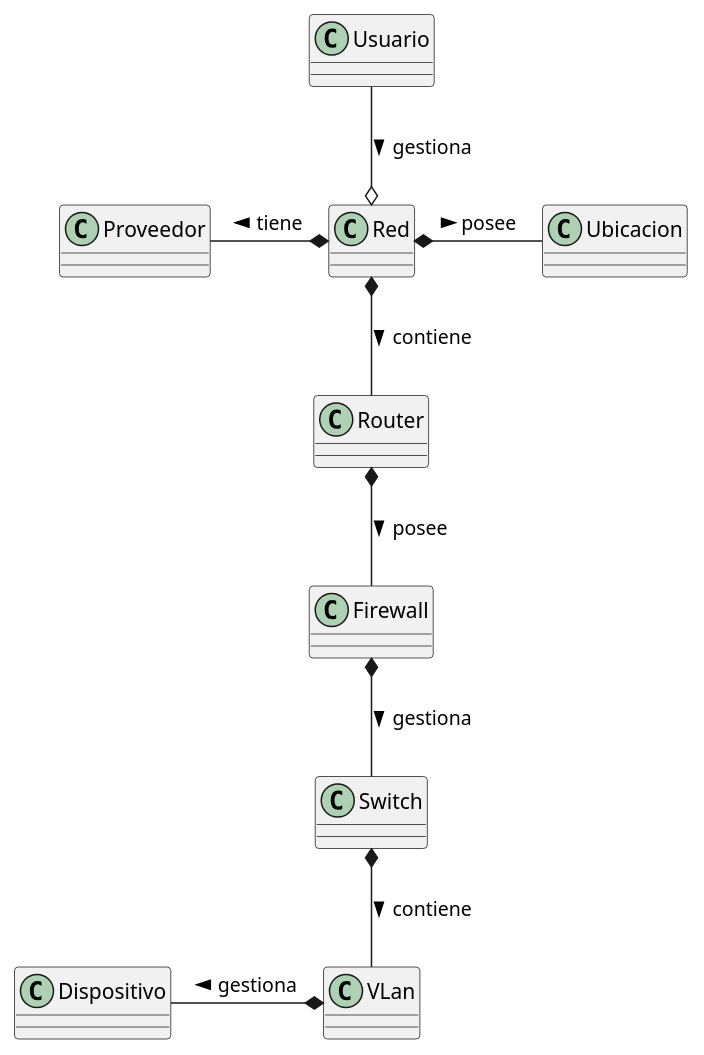
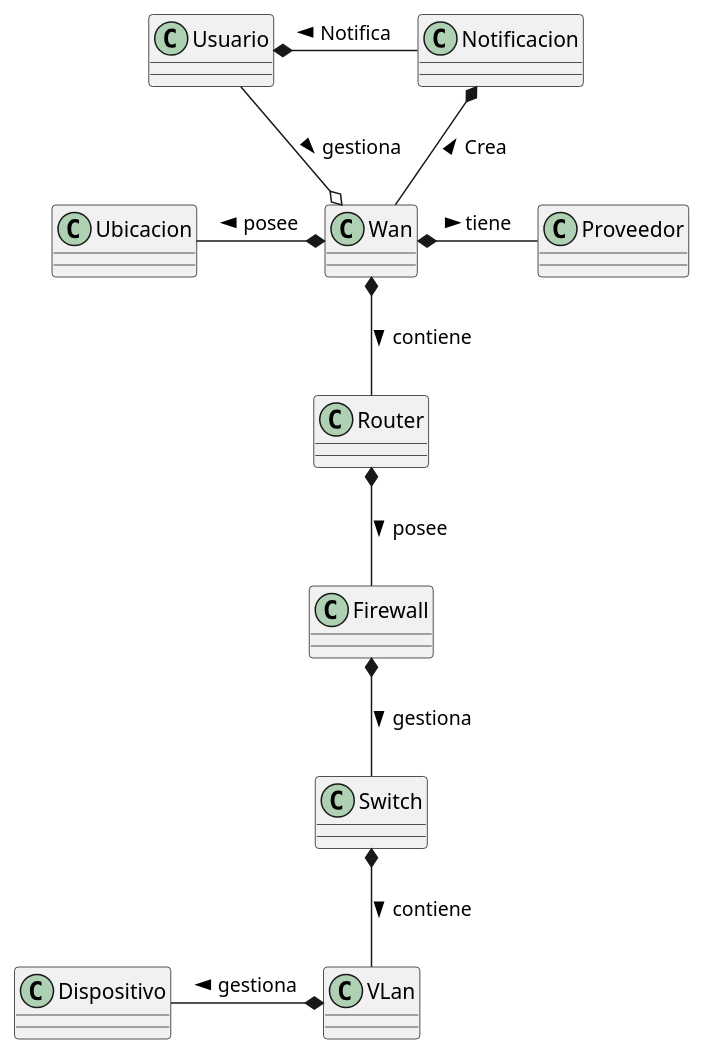
The diagram in 000-entregas/modeloDeDominio/ModeloDominio.plantuml (mmasias/IdSw1-22-23), drawn with PlantUML before and after one commit. The commit also changed 18 other files, not shown here.

```diff
--- a/000-entregas/modeloDeDominio/ModeloDominio.plantuml
+++ b/000-entregas/modeloDeDominio/ModeloDominio.plantuml
@@ -1,25 +1,28 @@
 @startuml ModeloDeDominio
 class Usuario
-class Red
+class Wan
 class Router
 class Ubicacion
 class Firewall
 class Switch
 class Dispositivo
+class Notificacion
 
-Usuario --o Red : gestiona >
+Usuario --o Wan : gestiona >
 
 
-Red *-r- Ubicacion : posee >
-Red *-- Router : contiene >
+Wan *-l- Ubicacion : posee >
+Wan *-r- Proveedor : tiene >
+Wan *-- Router : contiene >
 
-Red *-l- Proveedor : tiene >
+Notificacion -l-* Usuario : Notifica >
+Notificacion *-- Wan : Crea <
 
 Router *-- Firewall : posee >
 Firewall *-- Switch : gestiona >
 
 Switch *-- VLan : contiene >
 VLan *-l- Dispositivo : gestiona >
 
 
 @enduml
```
